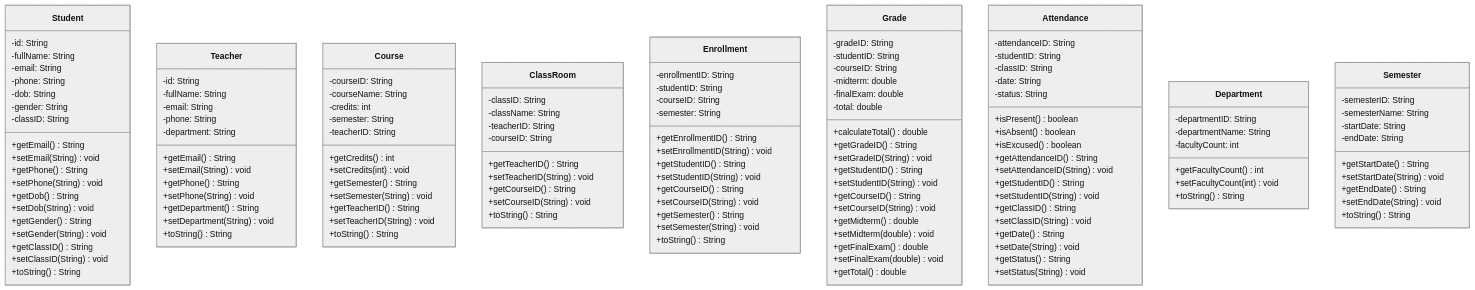
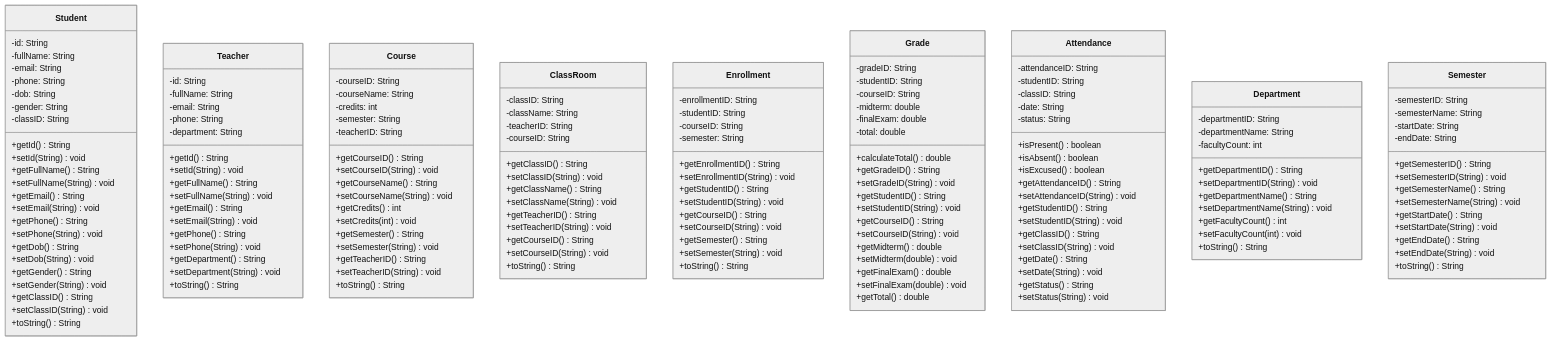
The first of 3 diagrams in docs/ClassDiagrams/ClassDiagram.md (phucphuc2006/pro-192), drawn with Mermaid (neutral theme) before and after one commit. The commit also changed other lines of this file and 1 other file, not shown here.

Commit message:
update classdiagram to match project structure

````diff
--- a/docs/ClassDiagrams/ClassDiagram.md
+++ b/docs/ClassDiagrams/ClassDiagram.md
@@ -5,7 +13,5 @@
 ```mermaid
 classDiagram
-
-
     class Student {
         -id: String
         -fullName: String
@@ -14,6 +20,10 @@
         -dob: String
         -gender: String
         -classID: String
+        +getId() String
+        +setId(String) void
+        +getFullName() String
+        +setFullName(String) void
         +getEmail() String
         +setEmail(String) void
         +getPhone() String
@@ -33,6 +43,10 @@
         -email: String
         -phone: String
         -department: String
+        +getId() String
+        +setId(String) void
+        +getFullName() String
+        +setFullName(String) void
         +getEmail() String
         +setEmail(String) void
         +getPhone() String
@@ -42,14 +56,16 @@
         +toString() String
     }
 
-
-
     class Course {
         -courseID: String
         -courseName: String
         -credits: int
         -semester: String
         -teacherID: String
+        +getCourseID() String
+        +setCourseID(String) void
+        +getCourseName() String
+        +setCourseName(String) void
         +getCredits() int
         +setCredits(int) void
         +getSemester() String
@@ -64,6 +80,10 @@
         -className: String
         -teacherID: String
         -courseID: String
+        +getClassID() String
+        +setClassID(String) void
+        +getClassName() String
+        +setClassName(String) void
         +getTeacherID() String
         +setTeacherID(String) void
         +getCourseID() String
@@ -133,6 +153,10 @@
         -departmentID: String
         -departmentName: String
         -facultyCount: int
+        +getDepartmentID() String
+        +setDepartmentID(String) void
+        +getDepartmentName() String
+        +setDepartmentName(String) void
         +getFacultyCount() int
         +setFacultyCount(int) void
         +toString() String
@@ -143,12 +167,14 @@
         -semesterName: String
         -startDate: String
         -endDate: String
+        +getSemesterID() String
+        +setSemesterID(String) void
+        +getSemesterName() String
+        +setSemesterName(String) void
         +getStartDate() String
         +setStartDate(String) void
         +getEndDate() String
         +setEndDate(String) void
         +toString() String
     }
-
-   
 ```
````
